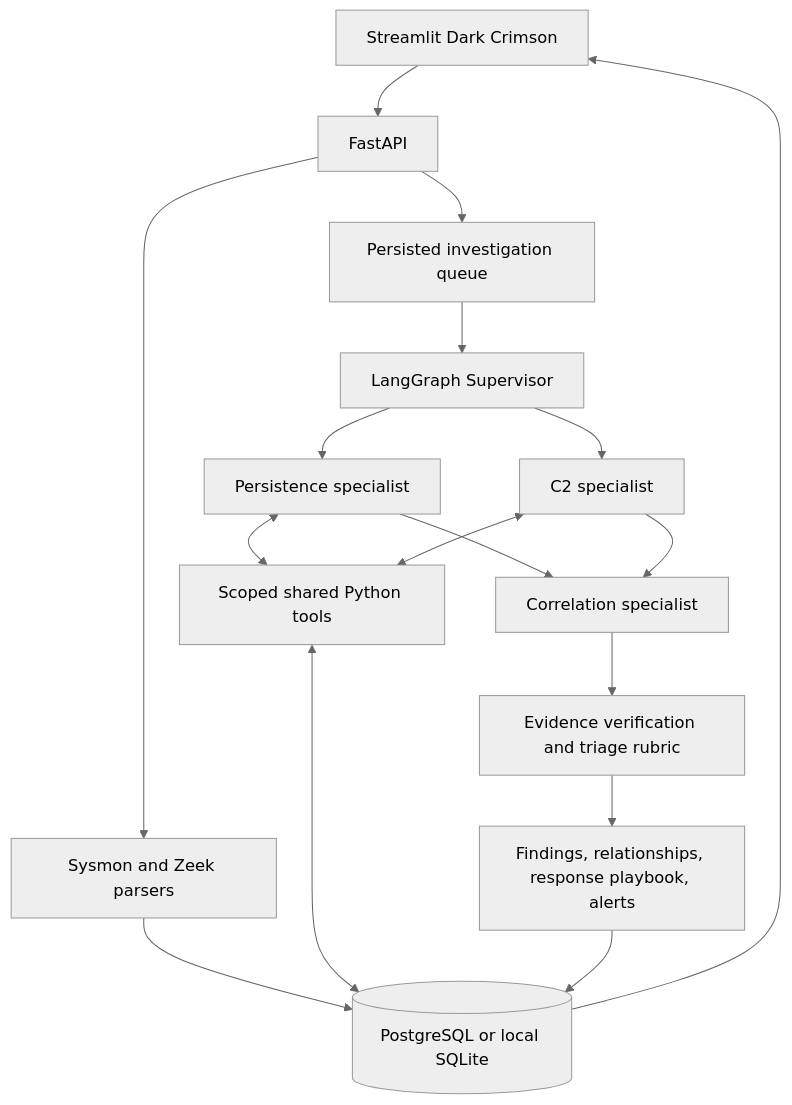
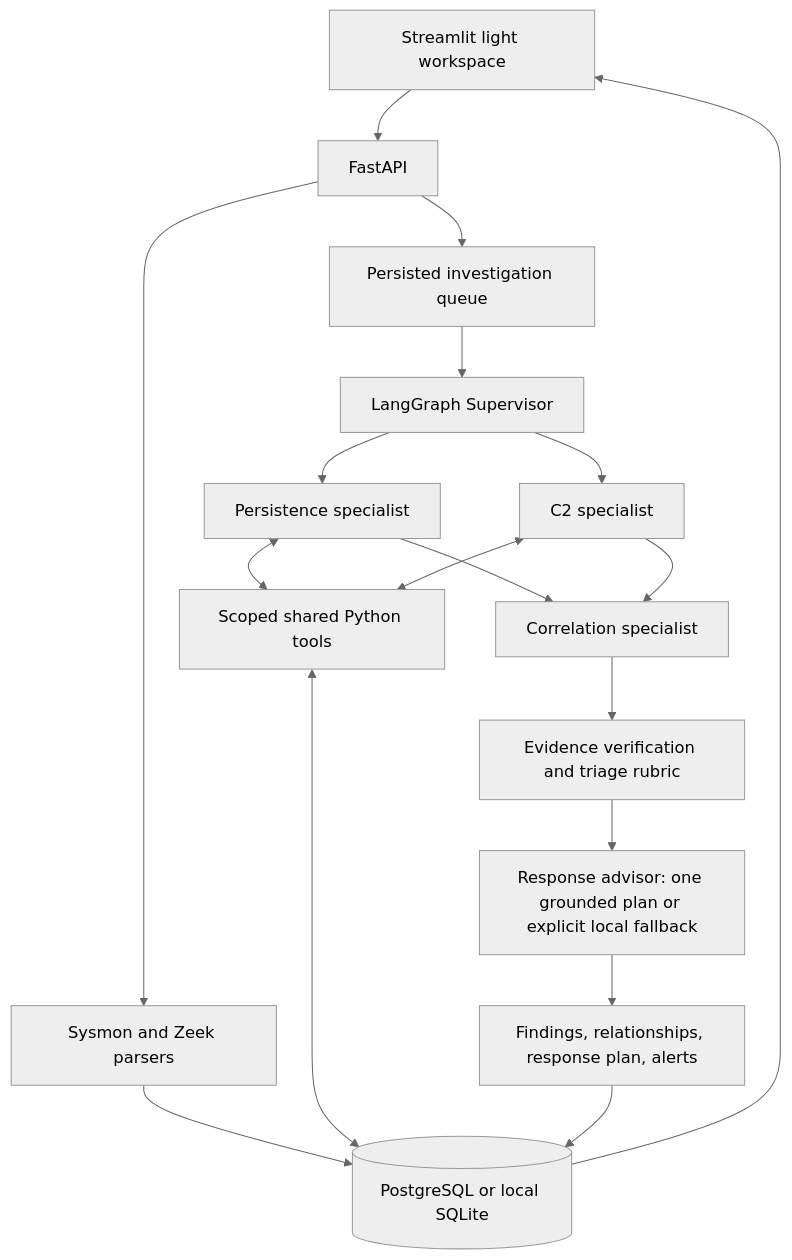
One commit to FatNgoo/multi-agent-security changed the diagram in docs/ARCHITECTURE.md. Above: the diagram before and after it, drawn with Mermaid (neutral theme). The commit also changed other lines of this file and 150 other files, not shown here.

````diff
--- a/docs/ARCHITECTURE.md
+++ b/docs/ARCHITECTURE.md
@@ -5,19 +13,20 @@
 ```mermaid
 flowchart TD
-  UI[Streamlit Dark Crimson] --> API[FastAPI]
+  UI[Streamlit light workspace] --> API[FastAPI]
   API --> PARSE[Sysmon and Zeek parsers]
   PARSE --> DB[(PostgreSQL or local SQLite)]
   API --> JOB[Persisted investigation queue]
   JOB --> SUP[LangGraph Supervisor]
   SUP --> PA[Persistence specialist]
   SUP --> CA[C2 specialist]
   PA <--> TOOL[Scoped shared Python tools]
   CA <--> TOOL
   TOOL <--> DB
   PA --> CO[Correlation specialist]
   CA --> CO
   CO --> VERIFY[Evidence verification and triage rubric]
-  VERIFY --> OUT[Findings, relationships, response playbook, alerts]
+  VERIFY --> RESPONSE[Response advisor: one grounded plan or explicit local fallback]
+  RESPONSE --> OUT[Findings, relationships, response plan, alerts]
   OUT --> DB
   DB --> UI
 ```
````
